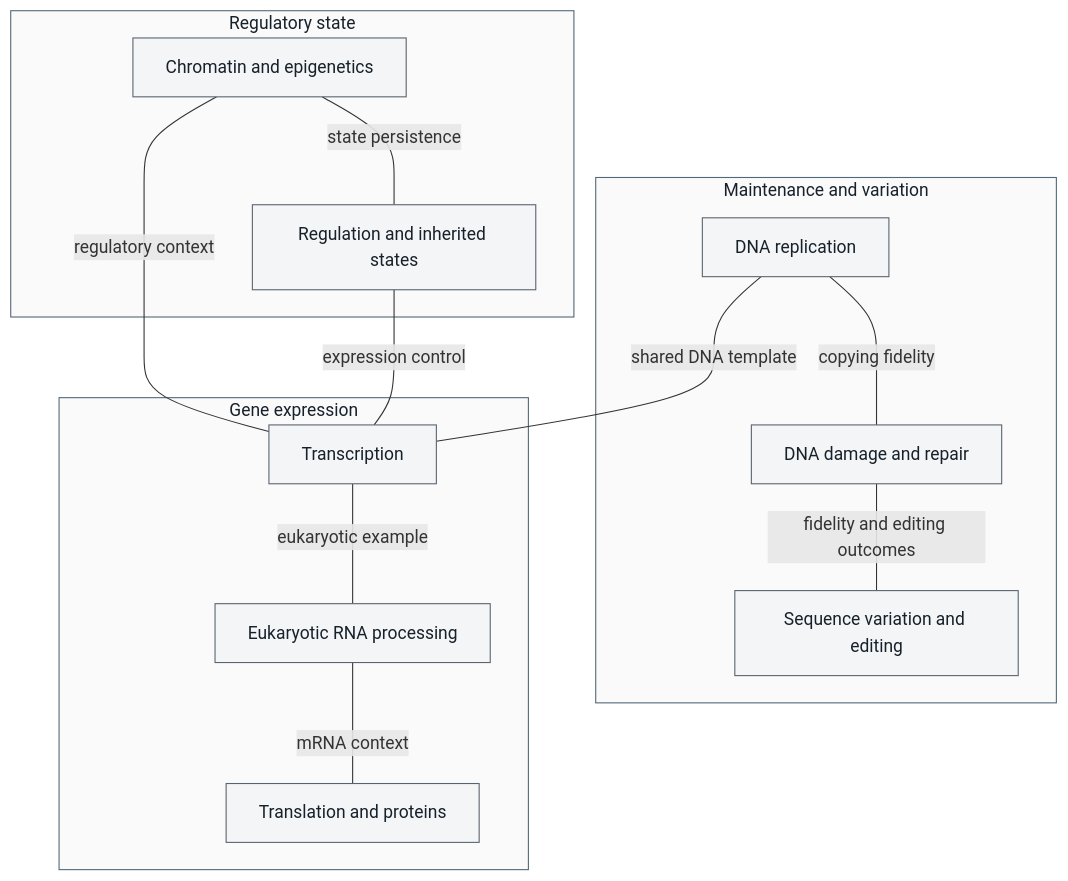
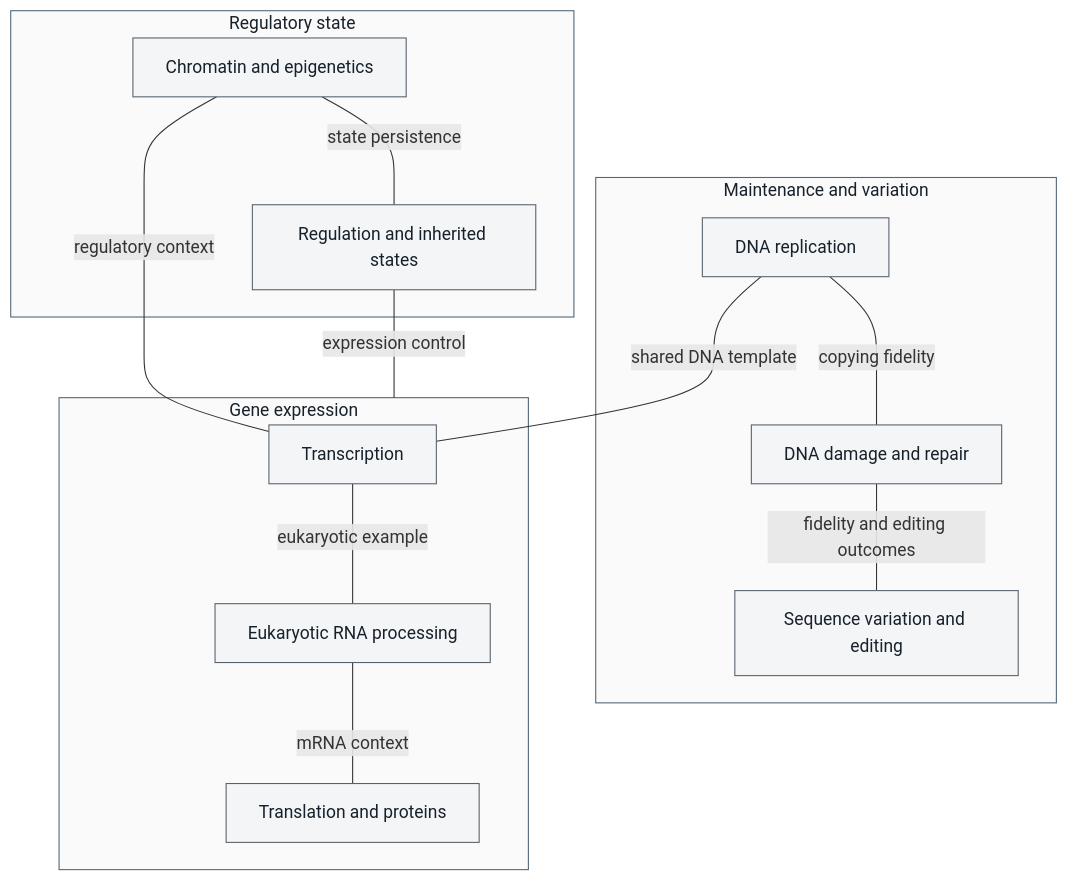
Before and after one commit to docxology/biology_textbook: the diagram in docs/manuscript/unit_IV/unit_intro.md, drawn with Mermaid. The commit also changed 18 other files, not shown here.

Commit message:
Close scientific peer findings and prove collision-free graphical overview sources

````diff
--- a/docs/manuscript/unit_IV/unit_intro.md
+++ b/docs/manuscript/unit_IV/unit_intro.md
@@ -45,33 +45,33 @@
 ```mermaid
 ---
 config:
   layout: dagre
 ---
 graph TD
     subgraph M["Maintenance and variation"]
         R["DNA replication"]
         D["DNA damage and repair"]
         V["Sequence variation and editing"]
     end
     subgraph E["Gene expression"]
         T["Transcription"]
         P["Eukaryotic RNA processing"]
         L["Translation and proteins"]
     end
     subgraph C["Regulatory state"]
         H["Chromatin and epigenetics"]
         I["Regulation and inherited states"]
     end
     R ---|"copying fidelity"| D
     D ---|"fidelity and editing outcomes"| V
     R ---|"shared DNA template"| T
     T ---|"eukaryotic example"| P
     P ---|"mRNA context"| L
     H ---|"regulatory context"| T
     H ---|"state persistence"| I
-    I ---|"expression control"| T
+    I ---|"expression control"| E
     classDef default fill:#f4f5f6,stroke:#59636e,color:#17212b
     style M fill:#fafafa,stroke:#526777,color:#17212b
     style E fill:#fafafa,stroke:#526777,color:#17212b
     style C fill:#fafafa,stroke:#526777,color:#17212b
 ```
````
